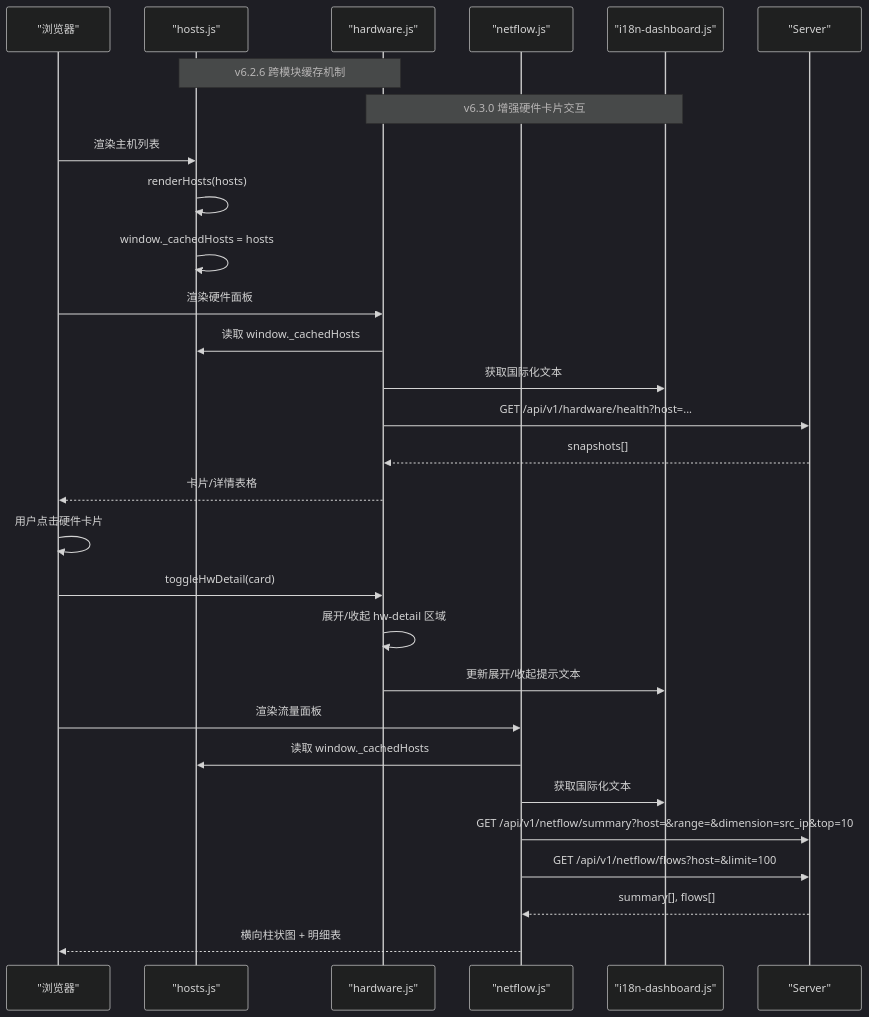
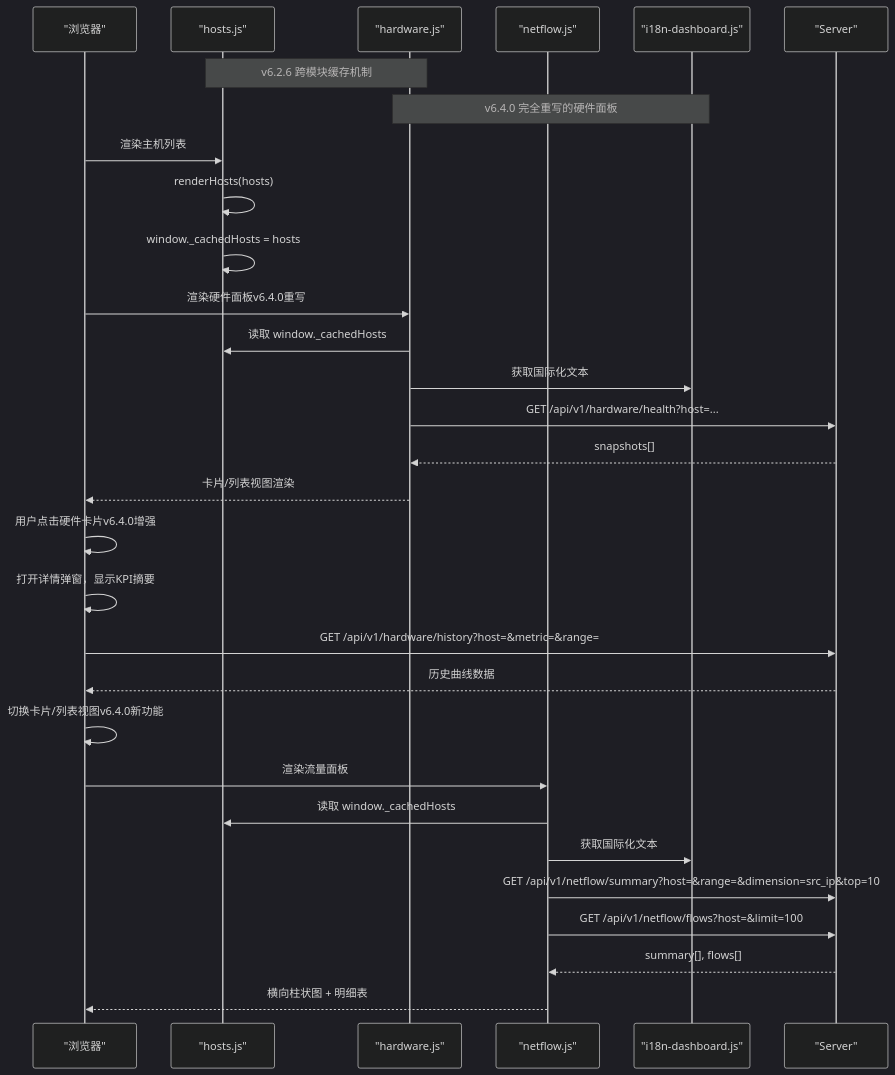
One commit to sreyun/aiops-monitor changed the seventh of 10 diagrams in .qoder/repowiki/zh/content/核心功能/监控系统/硬件监控仪表板.md. Above: the diagram before and after it, drawn with Mermaid (dark theme). The commit also changed other lines of this file and 55 other files, not shown here.

````diff
--- a/.qoder/repowiki/zh/content/核心功能/监控系统/硬件监控仪表板.md
+++ b/.qoder/repowiki/zh/content/核心功能/监控系统/硬件监控仪表板.md
@@ -386,31 +398,32 @@
 ```mermaid
 sequenceDiagram
 participant UI as "浏览器"
 participant HostsJS as "hosts.js"
 participant HWJS as "hardware.js"
 participant NFJS as "netflow.js"
 participant I18N as "i18n-dashboard.js"
 participant S as "Server"
 Note over HostsJS,HWJS : v6.2.6 跨模块缓存机制
-Note over HWJS,I18N : v6.3.0 增强硬件卡片交互
+Note over HWJS,I18N : v6.4.0 完全重写的硬件面板
 UI->>HostsJS : 渲染主机列表
 HostsJS->>HostsJS : renderHosts(hosts)
 HostsJS->>HostsJS : window._cachedHosts = hosts
-UI->>HWJS : 渲染硬件面板
+UI->>HWJS : 渲染硬件面板v6.4.0重写
 HWJS->>HostsJS : 读取 window._cachedHosts
 HWJS->>I18N : 获取国际化文本
 HWJS->>S : GET /api/v1/hardware/health?host=...
 S-->>HWJS : snapshots[]
-HWJS-->>UI : 卡片/详情表格
-UI->>UI : 用户点击硬件卡片
-UI->>HWJS : toggleHwDetail(card)
-HWJS->>HWJS : 展开/收起 hw-detail 区域
-HWJS->>I18N : 更新展开/收起提示文本
+HWJS-->>UI : 卡片/列表视图渲染
+UI->>UI : 用户点击硬件卡片v6.4.0增强
+UI->>UI : 打开详情弹窗，显示KPI摘要
+UI->>S : GET /api/v1/hardware/history?host=&metric=&range=
+S-->>UI : 历史曲线数据
+UI->>UI : 切换卡片/列表视图v6.4.0新功能
 UI->>NFJS : 渲染流量面板
 NFJS->>HostsJS : 读取 window._cachedHosts
 NFJS->>I18N : 获取国际化文本
 NFJS->>S : GET /api/v1/netflow/summary?host=&range=&dimension=src_ip&top=10
 NFJS->>S : GET /api/v1/netflow/flows?host=&limit=100
 S-->>NFJS : summary[], flows[]
 NFJS-->>UI : 横向柱状图 + 明细表
 ```
````
